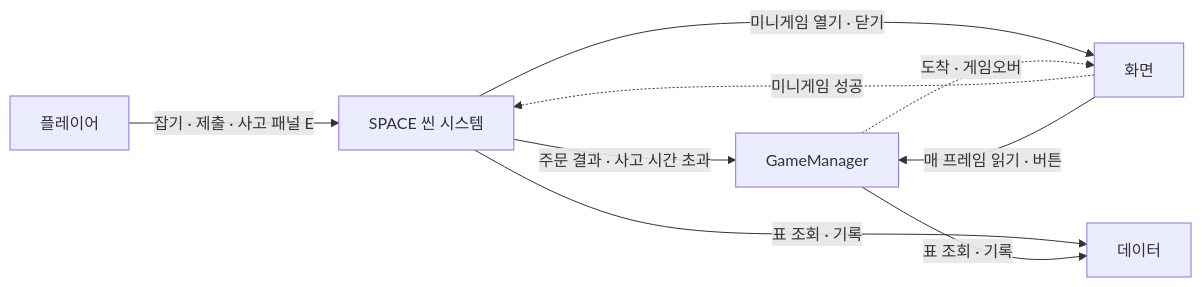
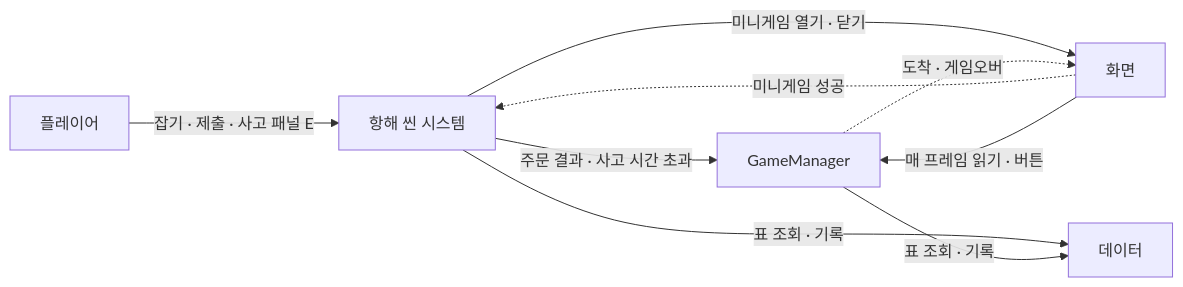
One commit to rlawlsdn77/portfolio changed the third of 8 diagrams in src/OverFixed/OverFixed_기술문서.md. Above: the diagram before and after it, drawn with Mermaid. The commit also changed other lines of this file and 5 other files, not shown here.

````diff
--- a/src/OverFixed/OverFixed_기술문서.md
+++ b/src/OverFixed/OverFixed_기술문서.md
@@ -127,15 +127,15 @@
 ```mermaid
 flowchart LR
     PL["플레이어"]
-    SYS["SPACE 씬 시스템"]
+    SYS["항해 씬 시스템"]
     GM["GameManager"]
     VIEW["화면"]
     DATA["데이터"]
     PL -->|"잡기 · 제출 · 사고 패널 E"| SYS
     SYS -->|"주문 결과 · 사고 시간 초과"| GM
     SYS -->|"미니게임 열기 · 닫기"| VIEW
     VIEW -.->|"미니게임 성공"| SYS
     VIEW -->|"매 프레임 읽기 · 버튼"| GM
     GM -.->|"도착 · 게임오버"| VIEW
     SYS & GM -->|"표 조회 · 기록"| DATA
 ```
````
